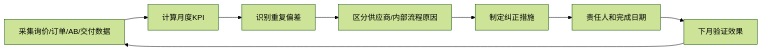
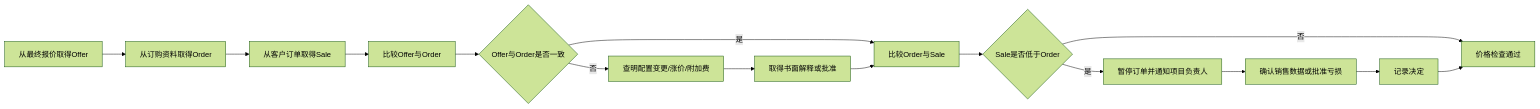
Diagram 20 of 52 in README.md (giengenbw/chassisprocess), drawn with Mermaid (forest theme) before and after one commit. The commit also changed other lines of this file, not shown here.

````diff
--- a/README.md
+++ b/README.md
@@ -969,10 +426,17 @@
 ```mermaid
 flowchart LR
-    A[采集询价/订单/AB/交付数据] --> B[计算月度KPI]
-    B --> C[识别重复偏差]
-    C --> D[区分供应商/内部流程原因]
-    D --> E[制定纠正措施]
-    E --> F[责任人和完成日期]
-    F --> G[下月验证效果]
-    G --> A
+    A[从最终报价取得Offer] --> B[从订购资料取得Order]
+    B --> C[从客户订单取得Sale]
+    C --> D[比较Offer与Order]
+    D --> E{Offer与Order是否一致}
+    E -->|否| F[查明配置变更/涨价/附加费]
+    E -->|是| G[比较Order与Sale]
+    F --> H[取得书面解释或批准]
+    H --> G
+    G --> I{Sale是否低于Order}
+    I -->|是| J[暂停订单并通知项目负责人]
+    J --> K[确认销售数据或批准亏损]
+    K --> L[记录决定]
+    I -->|否| M[价格检查通过]
+    L --> M
 ```
````
